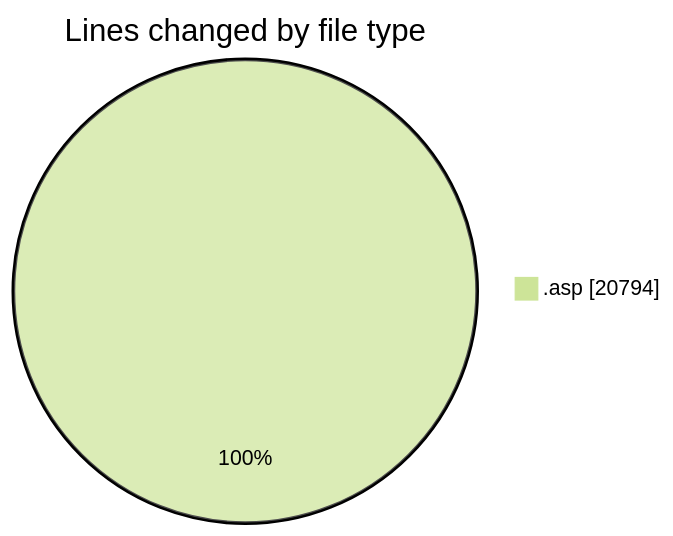
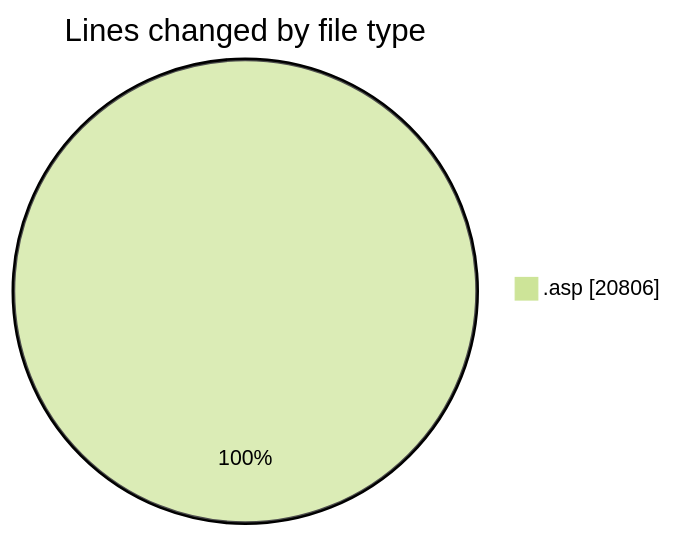
Before and after one commit to julien-gomy/code-tracking: the first of 2 diagrams in 2025-11-14/cdp_aleoudev_fr__workspace_/README.md, drawn with Mermaid (forest theme). The commit also changed other lines of this file and 1 other file, not shown here.

````diff
--- a/2025-11-14/cdp_aleoudev_fr__workspace_/README.md
+++ b/2025-11-14/cdp_aleoudev_fr__workspace_/README.md
@@ -37,5 +37,5 @@
 ```mermaid
 pie showData
 title Lines changed by file type
-".asp" : 20794
+".asp" : 20806
 ```
````
